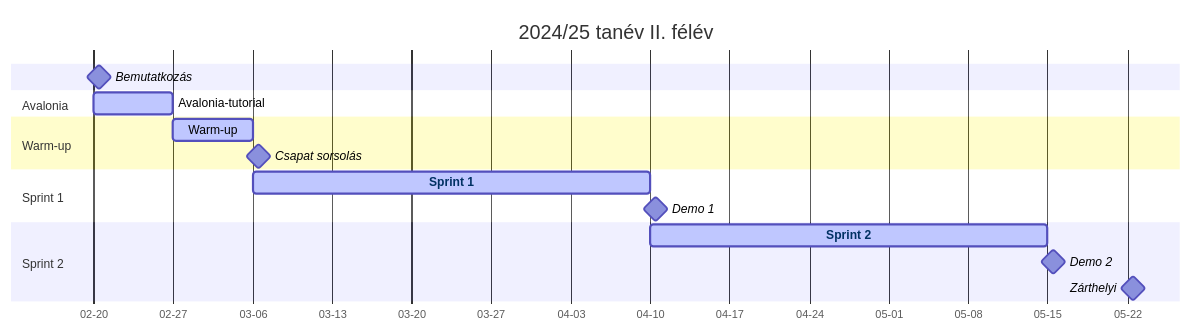
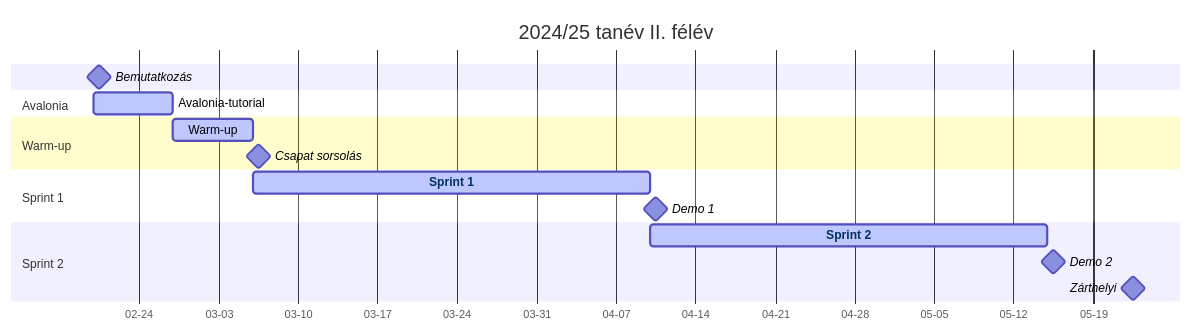
The diagram in src/schedule.md (SzFMV2025-Tavasz/handout), drawn with Mermaid before and after one commit.

Commit message:
Update schedule Gantt diagram

```diff
--- a/src/schedule.md
+++ b/src/schedule.md
@@ -33,23 +33,23 @@
 <div class="mermaid">
     gantt
     tickInterval 1week
-    weekday thursday
+    weekday monday
     dateFormat  YYYY-MM-DD
     axisFormat  %m-%d
     title 2024/25 tanév II. félév
     Bemutatkozás :milestone, 2025-02-20, 1d
     section Avalonia
         Avalonia-tutorial: active, avalonia-tutorial, 2025-02-20, 1w
     section Warm-up
         Warm-up :active, warmup, 2025-02-27, 1w
     Csapat sorsolás :milestone, after warmup, 1d
     section Sprint 1
         Sprint 1 :active, sprint1, after warmup, 5w
     Demo 1 :milestone, after sprint1, 1d
     section Sprint 2
         Sprint 2 :active, sprint2, after sprint1, 5w
     Demo 2 :milestone, after sprint2, 1d
     Zárthelyi :milestone, 2025-05-22, 1d
     click sprint1 href "./sprints/sprint_1.html"
     click sprint2 href "./sprints/sprint_2.html"
 </div>
```
